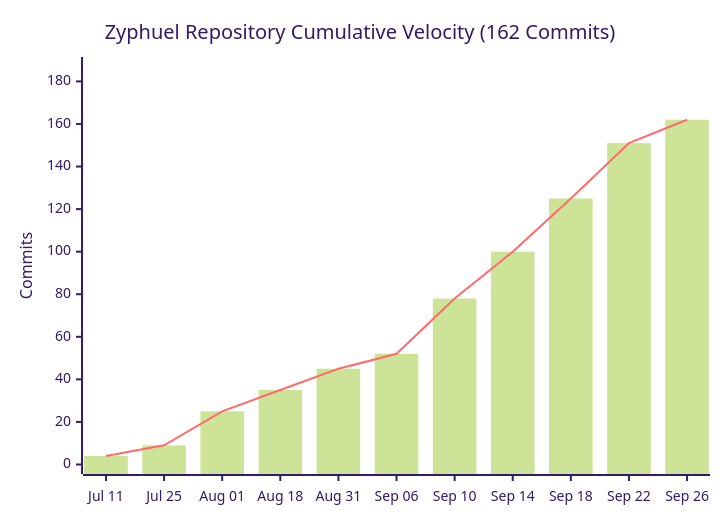
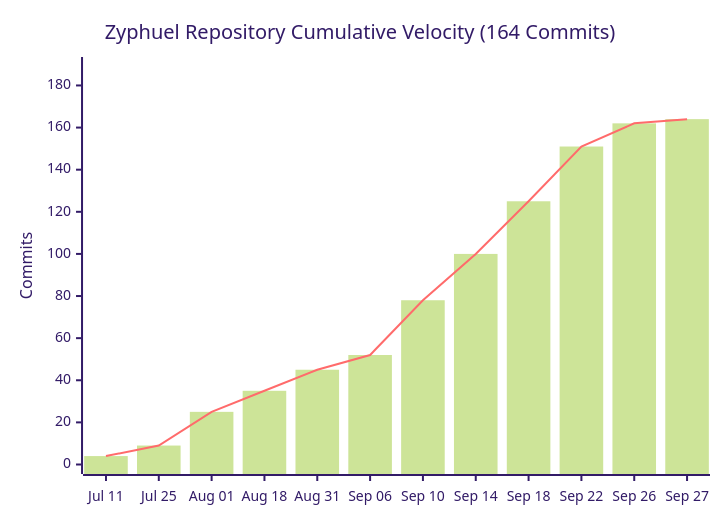
Before and after one commit to daniyal44/Zyphuel: the diagram in README.md, drawn with Mermaid (forest theme). The commit also changed other lines of this file and 11 other files, not shown here.

````diff
--- a/README.md
+++ b/README.md
@@ -155,8 +155,8 @@
 ```mermaid
 xychart-beta
-    title "Zyphuel Repository Cumulative Velocity (162 Commits)"
-    x-axis ["Jul 11", "Jul 25", "Aug 01", "Aug 18", "Aug 31", "Sep 06", "Sep 10", "Sep 14", "Sep 18", "Sep 22", "Sep 26"]
-    y-axis "Commits" 0 --> 187
-    bar [4, 9, 25, 35, 45, 52, 78, 100, 125, 151, 162]
-    line [4, 9, 25, 35, 45, 52, 78, 100, 125, 151, 162]
+    title "Zyphuel Repository Cumulative Velocity (164 Commits)"
+    x-axis ["Jul 11", "Jul 25", "Aug 01", "Aug 18", "Aug 31", "Sep 06", "Sep 10", "Sep 14", "Sep 18", "Sep 22", "Sep 26", "Sep 27"]
+    y-axis "Commits" 0 --> 189
+    bar [4, 9, 25, 35, 45, 52, 78, 100, 125, 151, 162, 164]
+    line [4, 9, 25, 35, 45, 52, 78, 100, 125, 151, 162, 164]
 ```
````
